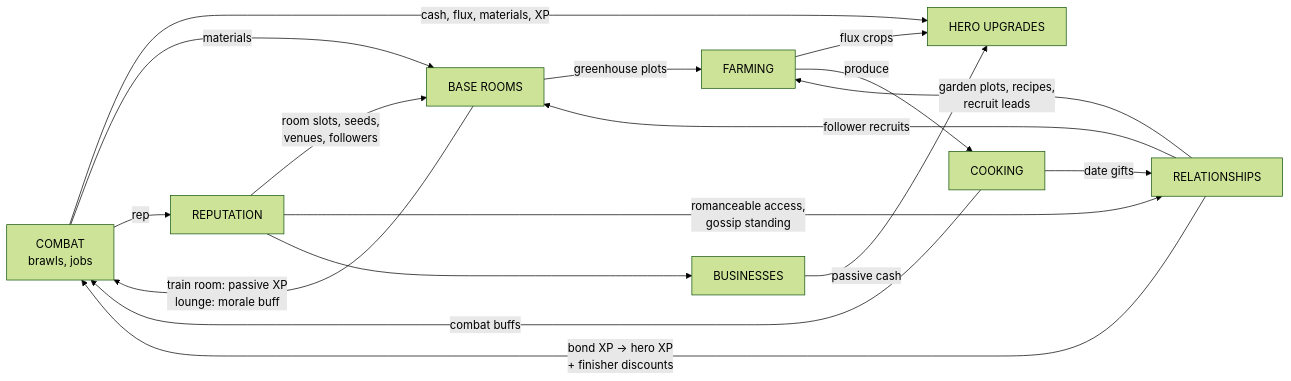
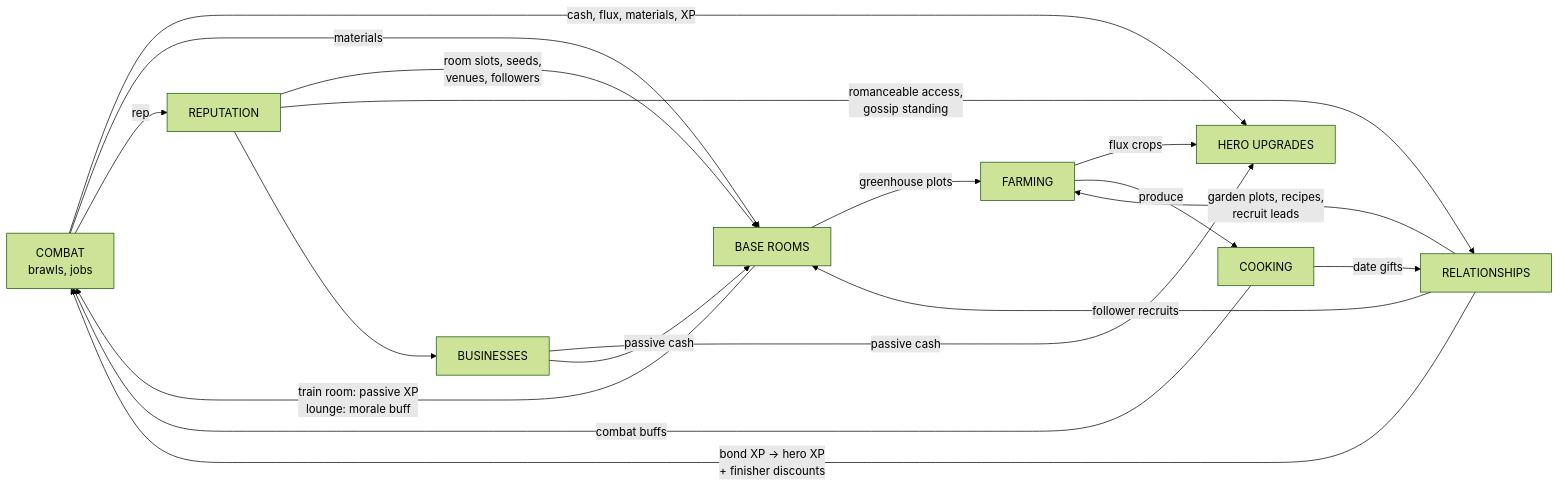
The diagram in docs/02-game-design.md (dashattackman/example_dashboard), drawn with Mermaid (forest theme) before and after one commit. The commit also changed other lines of this file and 6 other files, not shown here.

````diff
--- a/docs/02-game-design.md
+++ b/docs/02-game-design.md
@@ -219,19 +232,20 @@
 ```mermaid
 graph LR
     C[COMBAT<br/>brawls, jobs] -->|cash, flux, materials, XP| U[HERO UPGRADES]
     C -->|materials| B[BASE ROOMS]
     B -->|train room: passive XP<br/>lounge: morale buff| C
     B -->|greenhouse plots| F[FARMING]
     F -->|flux crops| U
     F -->|produce| K[COOKING]
     K -->|combat buffs| C
     K -->|date gifts| R[RELATIONSHIPS]
     R -->|bond XP → hero XP<br/>+ finisher discounts| C
     R -->|garden plots, recipes,<br/>recruit leads| F
     R -->|follower recruits| B
     C -->|rep| REP[REPUTATION]
     REP -->|room slots, seeds,<br/>venues, followers| B
     REP -->|romanceable access,<br/>gossip standing| R
     BIZ[BUSINESSES] -->|passive cash| U
+    BIZ -->|passive cash| B
     REP --> BIZ
 ```
````
